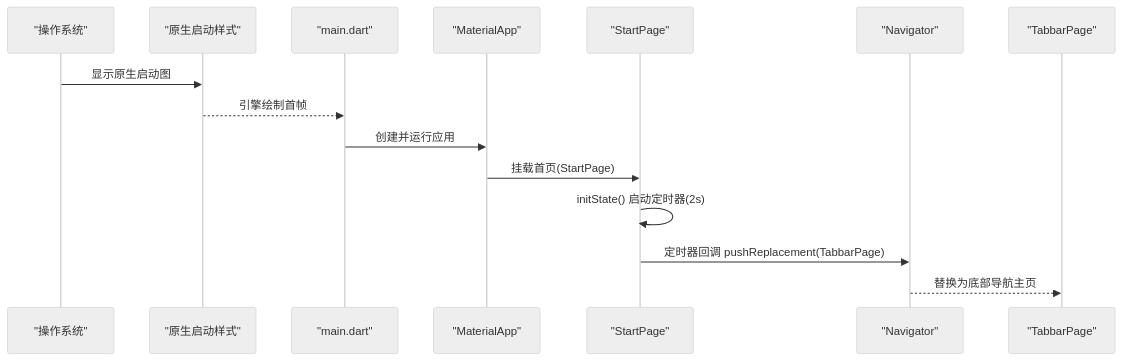
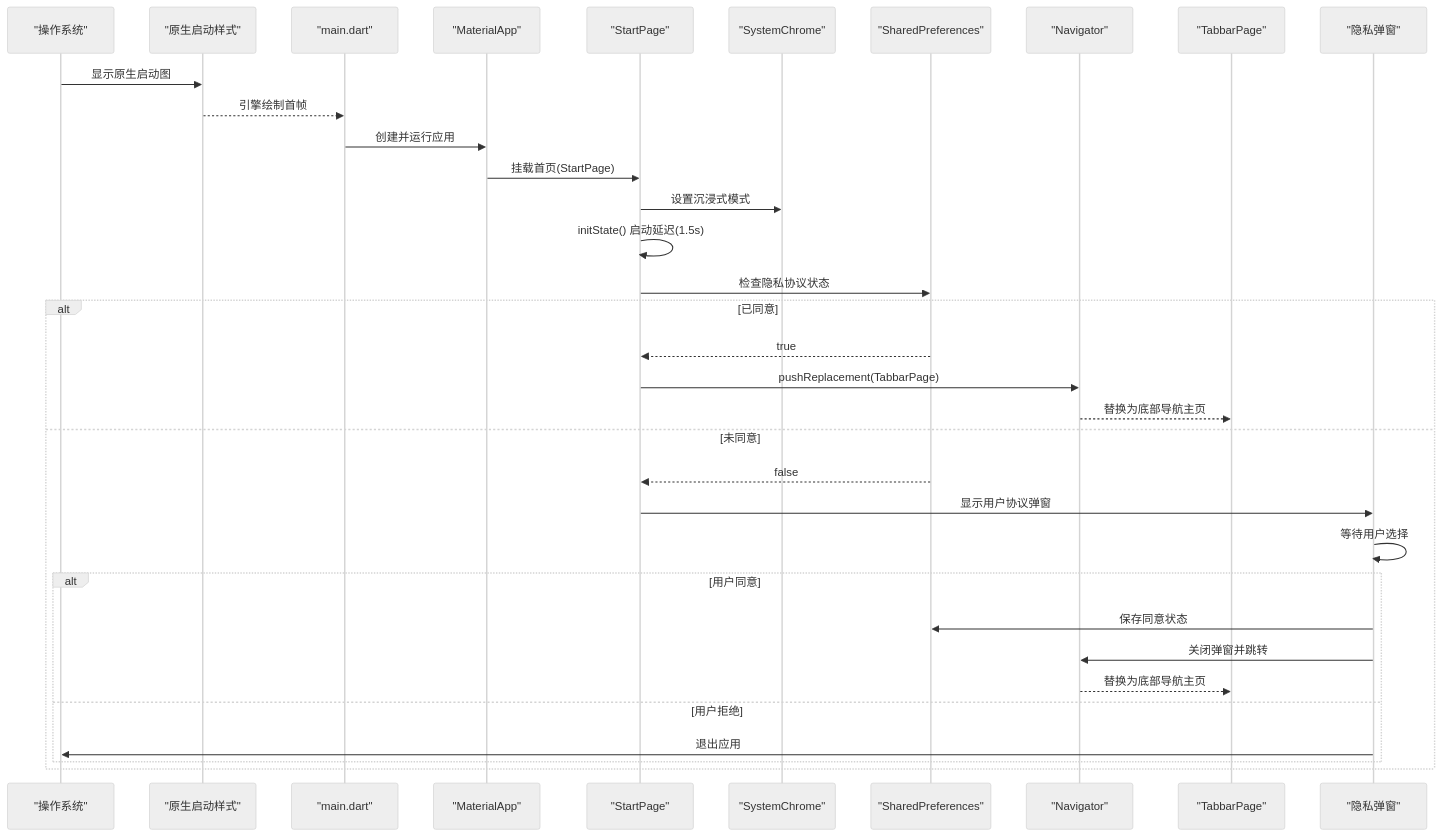
Before and after one commit to sfandy126/zslx_flutter: the second of 4 diagrams in .qoder/repowiki/zh/content/核心模块/启动模块.md, drawn with Mermaid (neutral theme). The commit also changed other lines of this file and 56 other files, not shown here.

````diff
--- a/.qoder/repowiki/zh/content/核心模块/启动模块.md
+++ b/.qoder/repowiki/zh/content/核心模块/启动模块.md
@@ -78,17 +90,36 @@
 ```mermaid
 sequenceDiagram
 participant OS as "操作系统"
 participant Native as "原生启动样式"
 participant Main as "main.dart"
 participant App as "MaterialApp"
 participant Start as "StartPage"
+participant System as "SystemChrome"
+participant Storage as "SharedPreferences"
 participant Nav as "Navigator"
 participant Tabs as "TabbarPage"
+participant Privacy as "隐私弹窗"
 OS->>Native : 显示原生启动图
 Native-->>Main : 引擎绘制首帧
 Main->>App : 创建并运行应用
 App->>Start : 挂载首页(StartPage)
-Start->>Start : initState() 启动定时器(2s)
-Start->>Nav : 定时器回调 pushReplacement(TabbarPage)
+Start->>System : 设置沉浸式模式
+Start->>Start : initState() 启动延迟(1.5s)
+Start->>Storage : 检查隐私协议状态
+alt 已同意
+Storage-->>Start : true
+Start->>Nav : pushReplacement(TabbarPage)
 Nav-->>Tabs : 替换为底部导航主页
+else 未同意
+Storage-->>Start : false
+Start->>Privacy : 显示用户协议弹窗
+Privacy->>Privacy : 等待用户选择
+alt 用户同意
+Privacy->>Storage : 保存同意状态
+Privacy->>Nav : 关闭弹窗并跳转
+Nav-->>Tabs : 替换为底部导航主页
+else 用户拒绝
+Privacy->>OS : 退出应用
+end
+end
 ```
````
